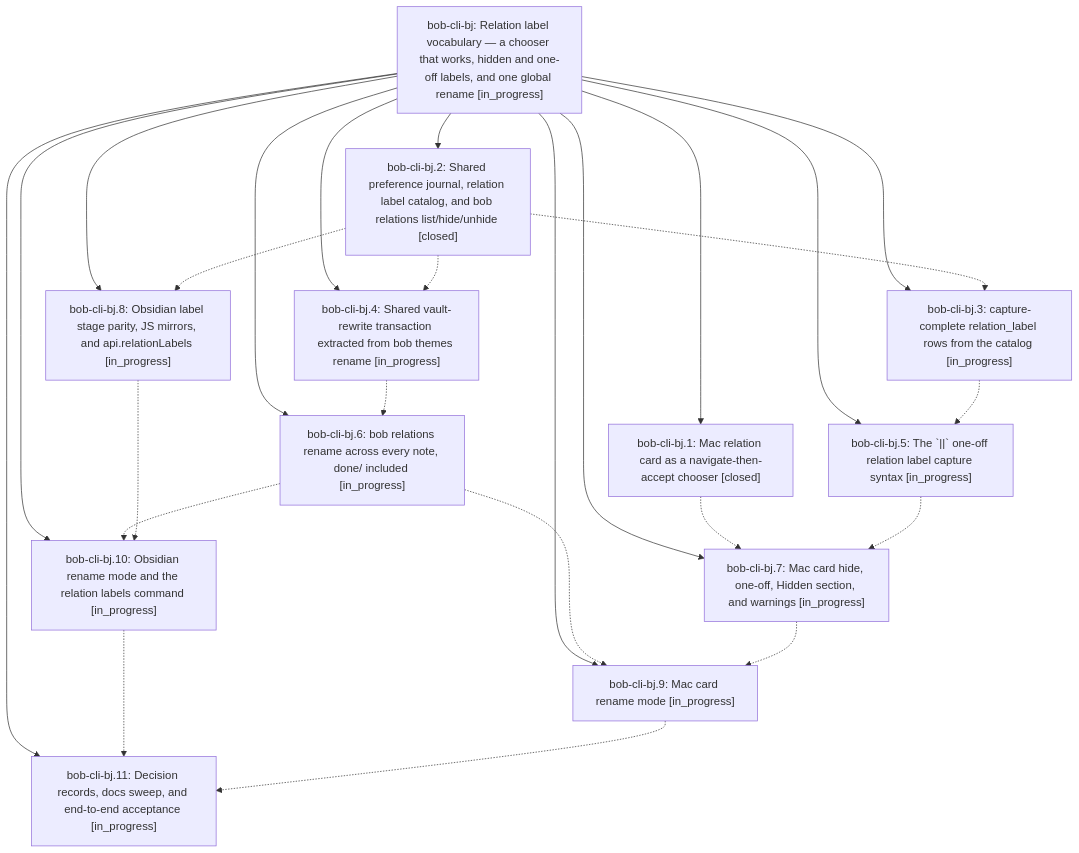
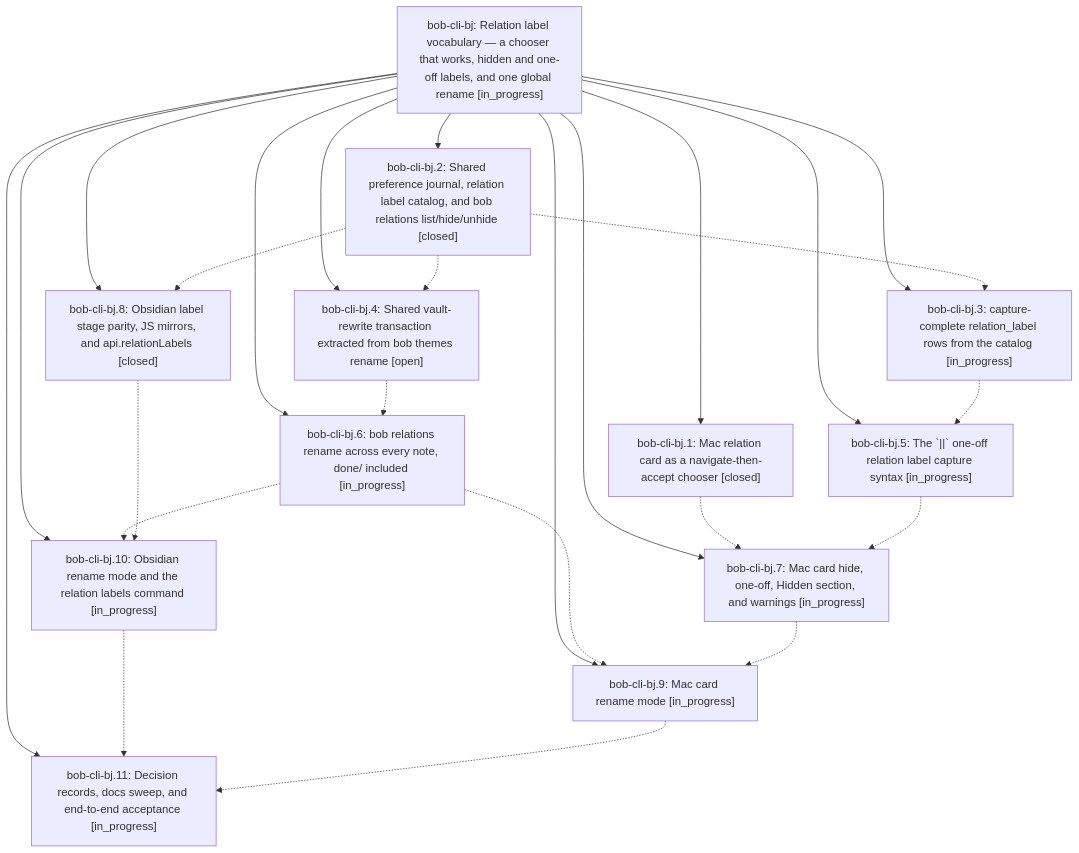
One commit to bobs-org/bob-cli--beads changed the diagram in pages/bob-cli-bj/README.md. Above: the diagram before and after it, drawn with Mermaid. The commit also changed other lines of this file and 5 other files, not shown here.

First line of the commit message:
chore(beads): sync bead state and pages for bob-cli-bj

````diff
--- a/pages/bob-cli-bj/README.md
+++ b/pages/bob-cli-bj/README.md
@@ -44,39 +46,39 @@
 ```mermaid
 flowchart TD
     n0["bob-cli-bj: Relation label vocabulary — a chooser that works, hidden and one-off labels, and one global rename [in_progress]"]
     n1["bob-cli-bj.1: Mac relation card as a navigate-then-accept chooser [closed]"]
     n2["bob-cli-bj.10: Obsidian rename mode and the relation labels command [in_progress]"]
     n3["bob-cli-bj.11: Decision records, docs sweep, and end-to-end acceptance [in_progress]"]
     n4["bob-cli-bj.2: Shared preference journal, relation label catalog, and bob relations list/hide/unhide [closed]"]
     n5["bob-cli-bj.3: capture-complete relation_label rows from the catalog [in_progress]"]
-    n6["bob-cli-bj.4: Shared vault-rewrite transaction extracted from bob themes rename [in_progress]"]
+    n6["bob-cli-bj.4: Shared vault-rewrite transaction extracted from bob themes rename [open]"]
     n7["bob-cli-bj.5: The `||` one-off relation label capture syntax [in_progress]"]
     n8["bob-cli-bj.6: bob relations rename across every note, done/ included [in_progress]"]
     n9["bob-cli-bj.7: Mac card hide, one-off, Hidden section, and warnings [in_progress]"]
-    n10["bob-cli-bj.8: Obsidian label stage parity, JS mirrors, and api.relationLabels [in_progress]"]
+    n10["bob-cli-bj.8: Obsidian label stage parity, JS mirrors, and api.relationLabels [closed]"]
     n11["bob-cli-bj.9: Mac card rename mode [in_progress]"]
     n0 --> n1
     n0 --> n2
     n0 --> n3
     n0 --> n4
     n0 --> n5
     n0 --> n6
     n0 --> n7
     n0 --> n8
     n0 --> n9
     n0 --> n10
     n0 --> n11
     n1 -.-> n9
     n2 -.-> n3
     n4 -.-> n5
     n4 -.-> n6
     n4 -.-> n10
     n5 -.-> n7
     n6 -.-> n8
     n7 -.-> n9
     n8 -.-> n2
     n8 -.-> n11
     n9 -.-> n11
     n10 -.-> n2
     n11 -.-> n3
 ```
````
